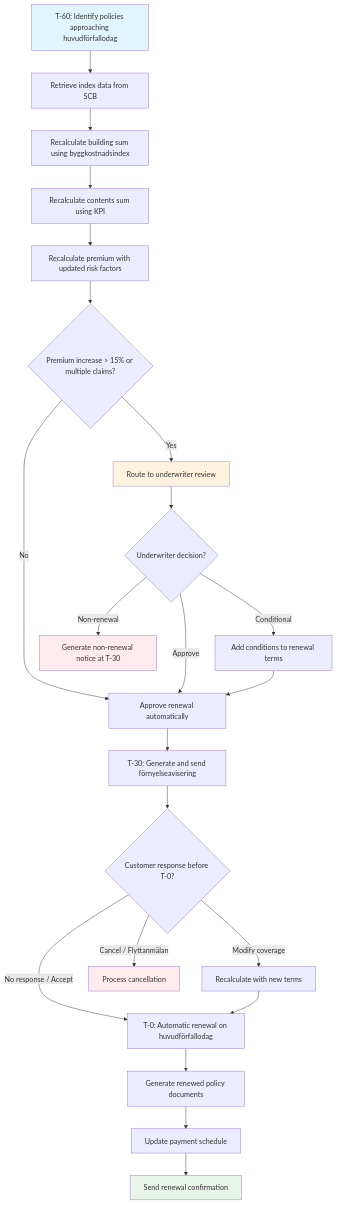
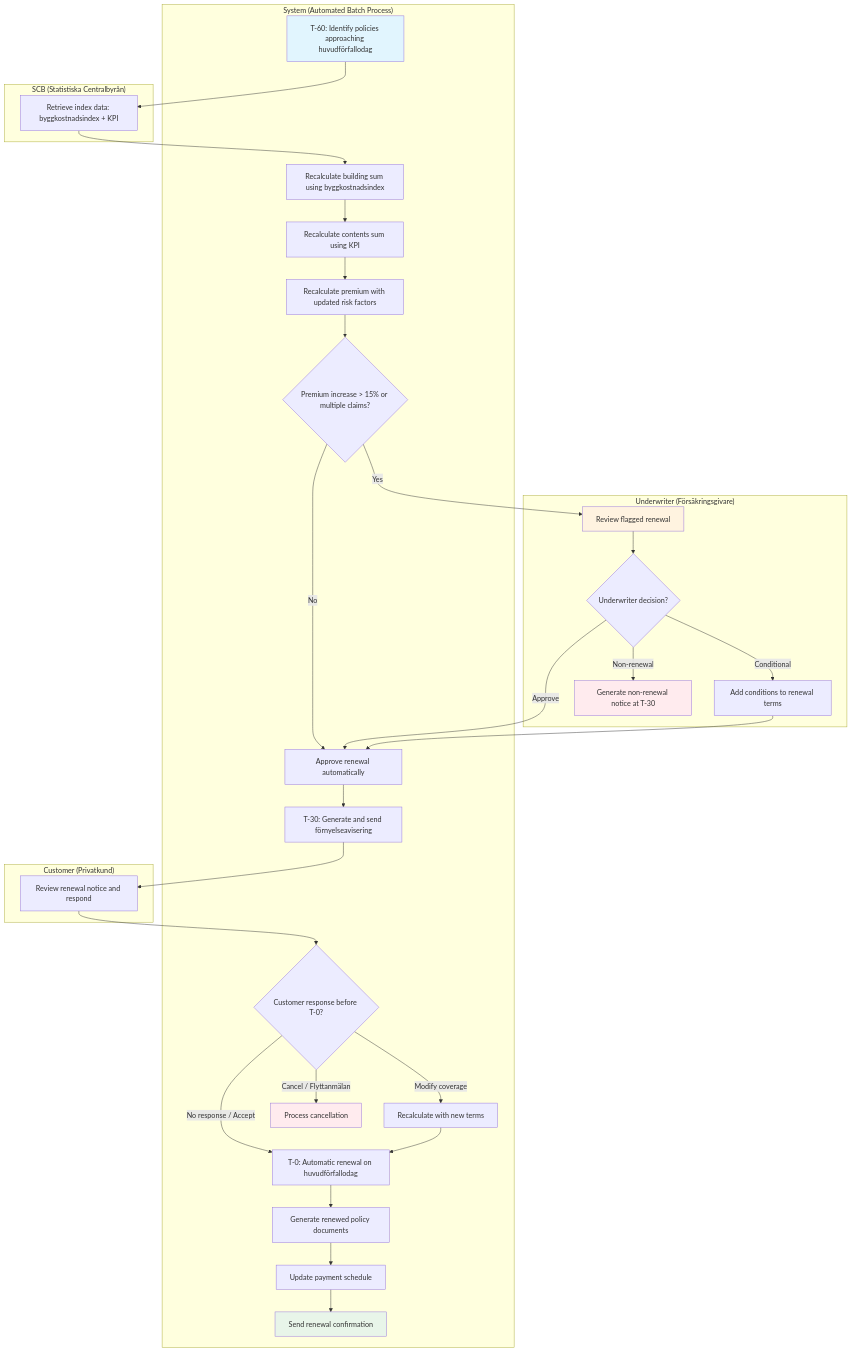
One commit to Agentic-software-factory/insurance-platform-requirements changed the first of 2 diagrams in docs/phase-2-home-property/use-cases/home-renewals.md. Above: the diagram before and after it, drawn with Mermaid. The commit also changed 9 other files, not shown here.

First line of the commit message:
docs(#122): Upgrade flowcharts to swimlane format for Phase 2 Home & Property use cases (#132)

````diff
--- a/docs/phase-2-home-property/use-cases/home-renewals.md
+++ b/docs/phase-2-home-property/use-cases/home-renewals.md
@@ -41,30 +41,63 @@
 ```mermaid
 flowchart TD
-    A[T-60: Identify policies approaching huvudförfallodag] --> B[Retrieve index data from SCB]
-    B --> C[Recalculate building sum using byggkostnadsindex]
-    C --> D[Recalculate contents sum using KPI]
-    D --> E[Recalculate premium with updated risk factors]
-    E --> F{Premium increase > 15% or multiple claims?}
-    F -->|Yes| G[Route to underwriter review]
-    F -->|No| H[Approve renewal automatically]
-    G --> I{Underwriter decision?}
+    subgraph System ["System (Automated Batch Process)"]
+        A[T-60: Identify policies approaching huvudförfallodag]
+        C[Recalculate building sum using byggkostnadsindex]
+        D[Recalculate contents sum using KPI]
+        E[Recalculate premium with updated risk factors]
+        F{Premium increase > 15% or multiple claims?}
+        H[Approve renewal automatically]
+        L[T-30: Generate and send förnyelseavisering]
+        M{Customer response before T-0?}
+        N[Recalculate with new terms]
+        O[Process cancellation]
+        P[T-0: Automatic renewal on huvudförfallodag]
+        Q[Generate renewed policy documents]
+        R[Update payment schedule]
+        S[Send renewal confirmation]
+    end
+
+    subgraph SCB ["SCB (Statistiska Centralbyrån)"]
+        B[Retrieve index data: byggkostnadsindex + KPI]
+    end
+
+    subgraph Underwriter ["Underwriter (Försäkringsgivare)"]
+        G[Review flagged renewal]
+        I{Underwriter decision?}
+        J[Add conditions to renewal terms]
+        K[Generate non-renewal notice at T-30]
+    end
+
+    subgraph Customer ["Customer (Privatkund)"]
+        CUST_RESP[Review renewal notice and respond]
+    end
+
+    A --> B
+    B --> C
+    C --> D
+    D --> E
+    E --> F
+    F -->|Yes| G
+    F -->|No| H
+    G --> I
     I -->|Approve| H
-    I -->|Conditional| J[Add conditions to renewal terms]
-    I -->|Non-renewal| K[Generate non-renewal notice at T-30]
+    I -->|Conditional| J
+    I -->|Non-renewal| K
     J --> H
-    H --> L[T-30: Generate and send förnyelseavisering]
-    L --> M{Customer response before T-0?}
-    M -->|Modify coverage| N[Recalculate with new terms]
-    M -->|Cancel / Flyttanmälan| O[Process cancellation]
-    M -->|No response / Accept| P[T-0: Automatic renewal on huvudförfallodag]
+    H --> L
+    L --> CUST_RESP
+    CUST_RESP --> M
+    M -->|Modify coverage| N
+    M -->|Cancel / Flyttanmälan| O
+    M -->|No response / Accept| P
     N --> P
-    P --> Q[Generate renewed policy documents]
-    Q --> R[Update payment schedule]
-    R --> S[Send renewal confirmation]
+    P --> Q
+    Q --> R
+    R --> S
 
     style A fill:#e1f5fe
     style S fill:#e8f5e9
     style G fill:#fff3e0
     style K fill:#ffebee
     style O fill:#ffebee
 ```
````
